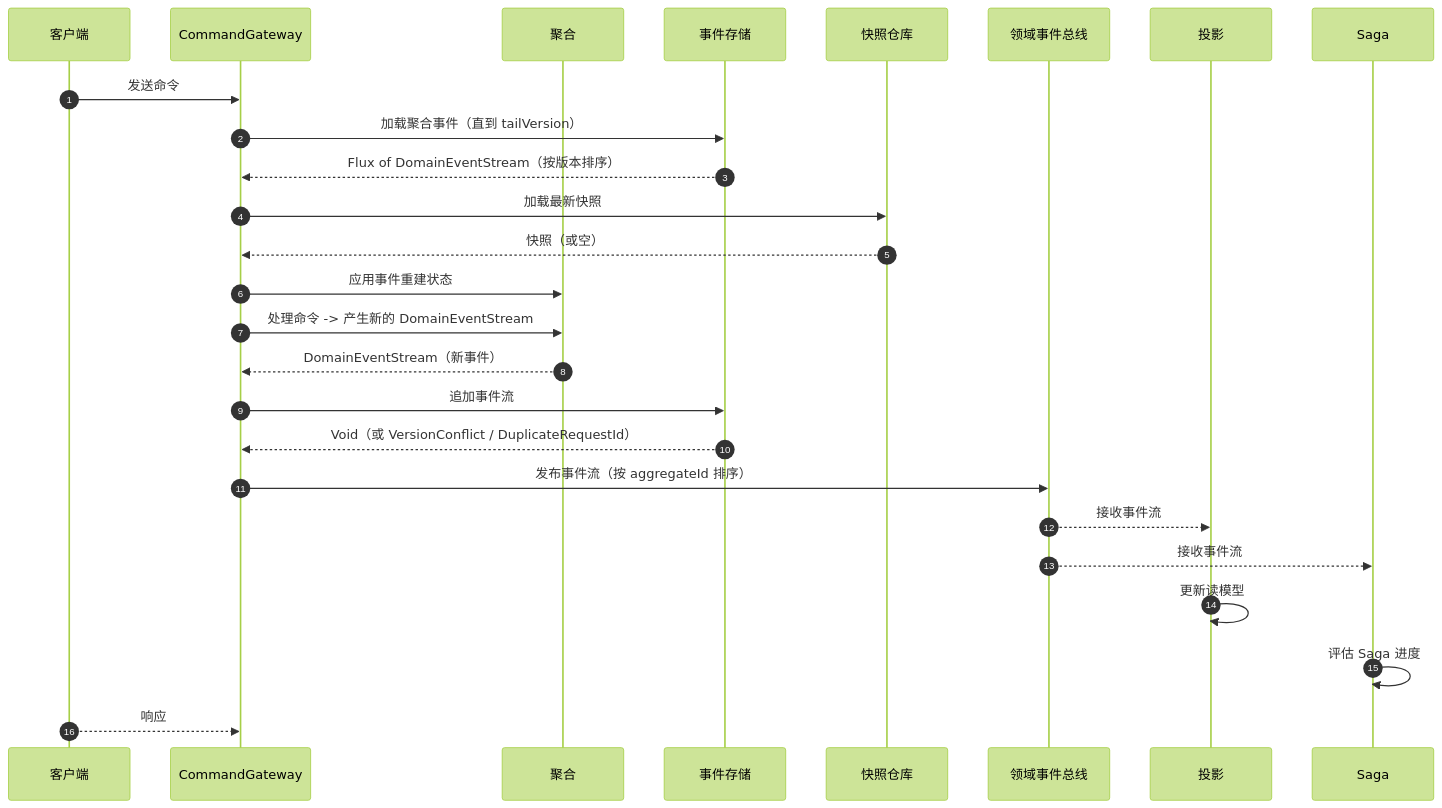
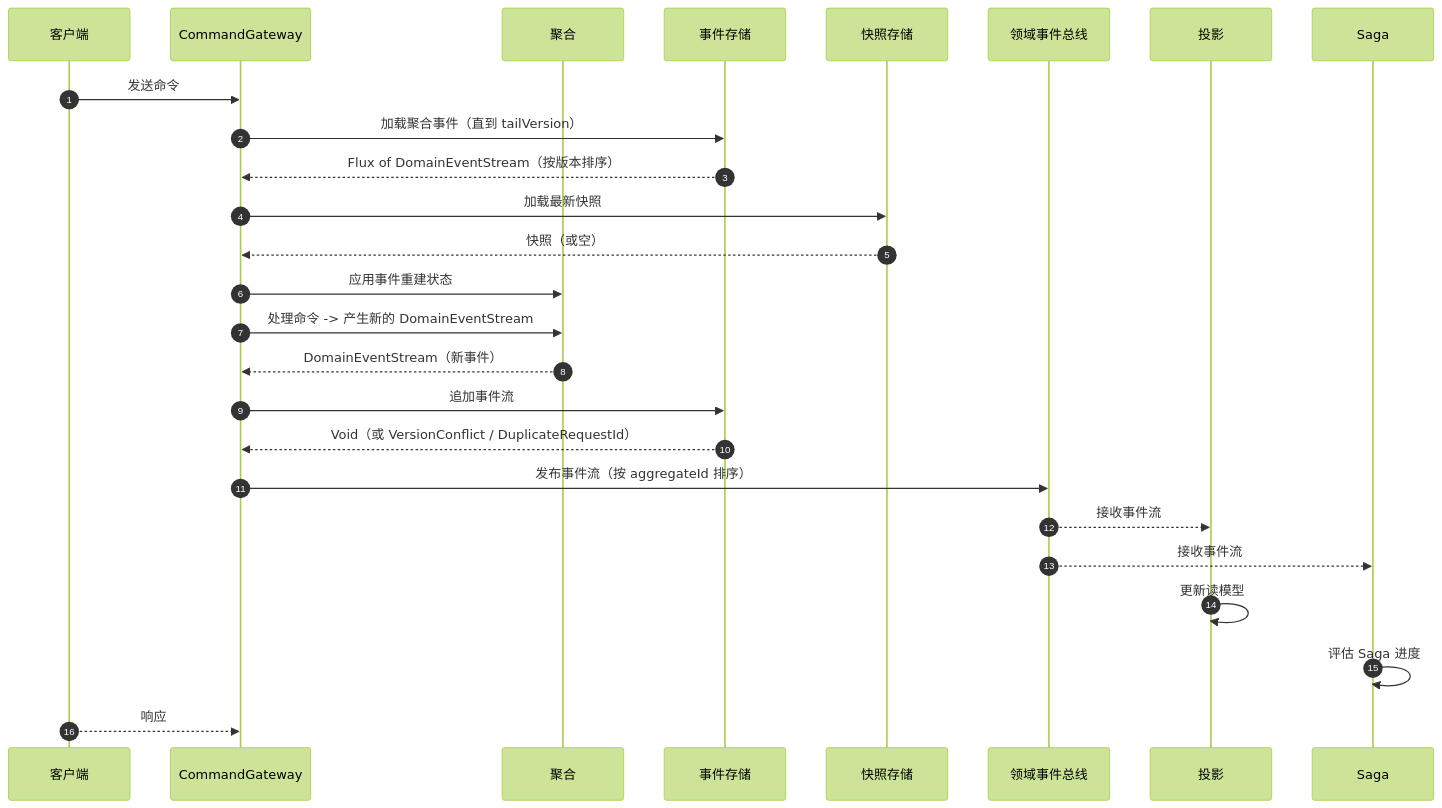
One commit to Ahoo-Wang/Wow changed the second of 4 diagrams in documentation/docs/zh/guide/eventstore.md. Above: the diagram before and after it, drawn with Mermaid (forest theme). The commit also changed other lines of this file and 36 other files, not shown here.

````diff
--- a/documentation/docs/zh/guide/eventstore.md
+++ b/documentation/docs/zh/guide/eventstore.md
@@ -98,29 +98,29 @@
 ```mermaid
 sequenceDiagram
     autonumber
     participant Client as 客户端
     participant CommandGateway
     participant Aggregate as 聚合
     participant EventStore as 事件存储
-    participant SnapshotRepo as 快照仓库
+    participant SnapshotStore as 快照存储
     participant DomainEventBus as 领域事件总线
     participant Projection as 投影
     participant Saga
 
     Client->>CommandGateway: 发送命令
     CommandGateway->>EventStore: 加载聚合事件（直到 tailVersion）
     EventStore-->>CommandGateway: Flux of DomainEventStream（按版本排序）
-    CommandGateway->>SnapshotRepo: 加载最新快照
-    SnapshotRepo-->>CommandGateway: 快照（或空）
+    CommandGateway->>SnapshotStore: 加载最新快照
+    SnapshotStore-->>CommandGateway: 快照（或空）
     CommandGateway->>Aggregate: 应用事件重建状态
     CommandGateway->>Aggregate: 处理命令 -> 产生新的 DomainEventStream
     Aggregate-->>CommandGateway: DomainEventStream（新事件）
     CommandGateway->>EventStore: 追加事件流
     EventStore-->>CommandGateway: Void（或 VersionConflict / DuplicateRequestId）
     CommandGateway->>DomainEventBus: 发布事件流（按 aggregateId 排序）
     DomainEventBus-->>Projection: 接收事件流
     DomainEventBus-->>Saga: 接收事件流
     Projection->>Projection: 更新读模型
     Saga->>Saga: 评估 Saga 进度
     Client-->>CommandGateway: 响应
 ```
````
